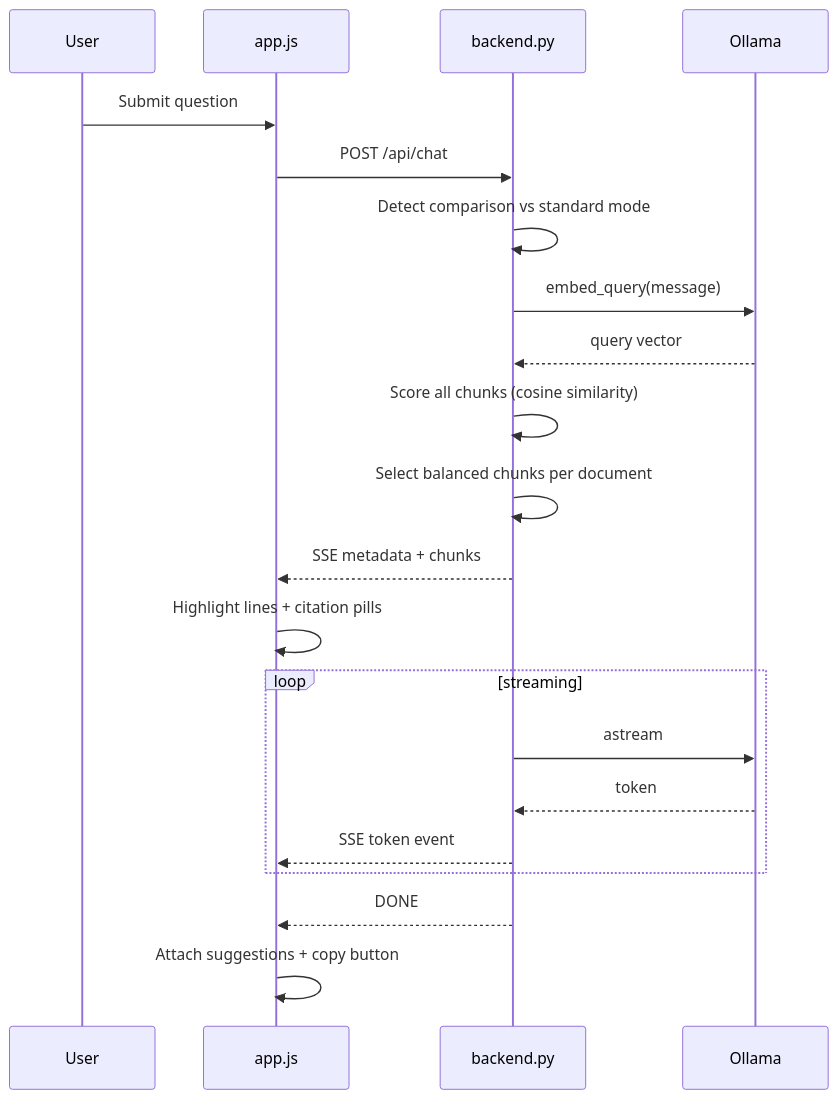
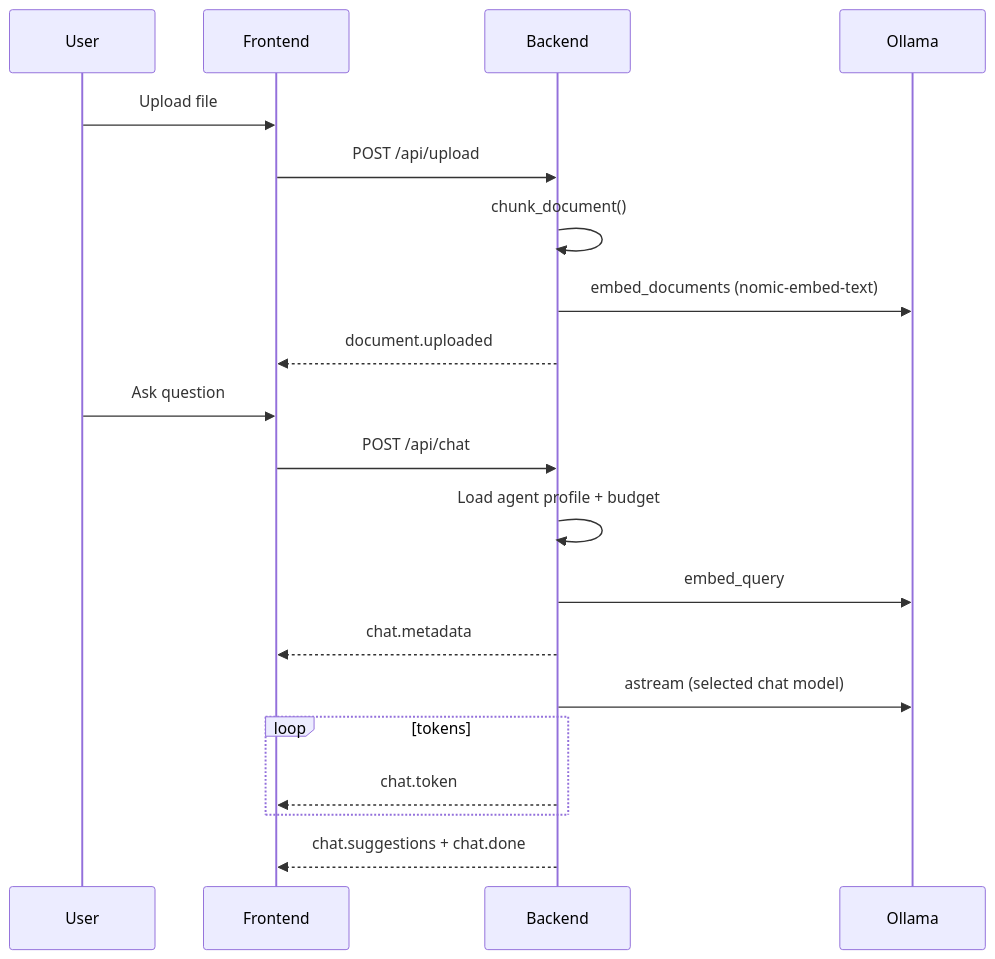
Before and after one commit to Garvit-821/Private-Legal-Research-Agent: the sixth of 9 diagrams in README.md, drawn with Mermaid. The commit also changed other lines of this file, not shown here.

Commit message:
docs: document Agent Picker, JSON v1 API, and updated architecture

````diff
--- a/README.md
+++ b/README.md
@@ -150,28 +337,24 @@
 ```mermaid
 sequenceDiagram
-    participant User
-    participant UI as app.js
-    participant API as backend.py
-    participant OL as Ollama
+    participant U as User
+    participant F as Frontend
+    participant B as Backend
+    participant O as Ollama
 
-    User->>UI: Submit question
-    UI->>API: POST /api/chat
+    U->>F: Upload file
+    F->>B: POST /api/upload
+    B->>B: chunk_document()
+    B->>O: embed_documents (nomic-embed-text)
+    B-->>F: document.uploaded
 
-    API->>API: Detect comparison vs standard mode
-    API->>OL: embed_query(message)
-    OL-->>API: query vector
-    API->>API: Score all chunks (cosine similarity)
-    API->>API: Select balanced chunks per document
-
-    API-->>UI: SSE metadata + chunks
-    UI->>UI: Highlight lines + citation pills
-
-    loop streaming
-        API->>OL: astream
-        OL-->>API: token
-        API-->>UI: SSE token event
+    U->>F: Ask question
+    F->>B: POST /api/chat
+    B->>B: Load agent profile + budget
+    B->>O: embed_query
+    B-->>F: chat.metadata
+    B->>O: astream (selected chat model)
+    loop tokens
+        B-->>F: chat.token
     end
-
-    API-->>UI: DONE
-    UI->>UI: Attach suggestions + copy button
+    B-->>F: chat.suggestions + chat.done
 ```
````
